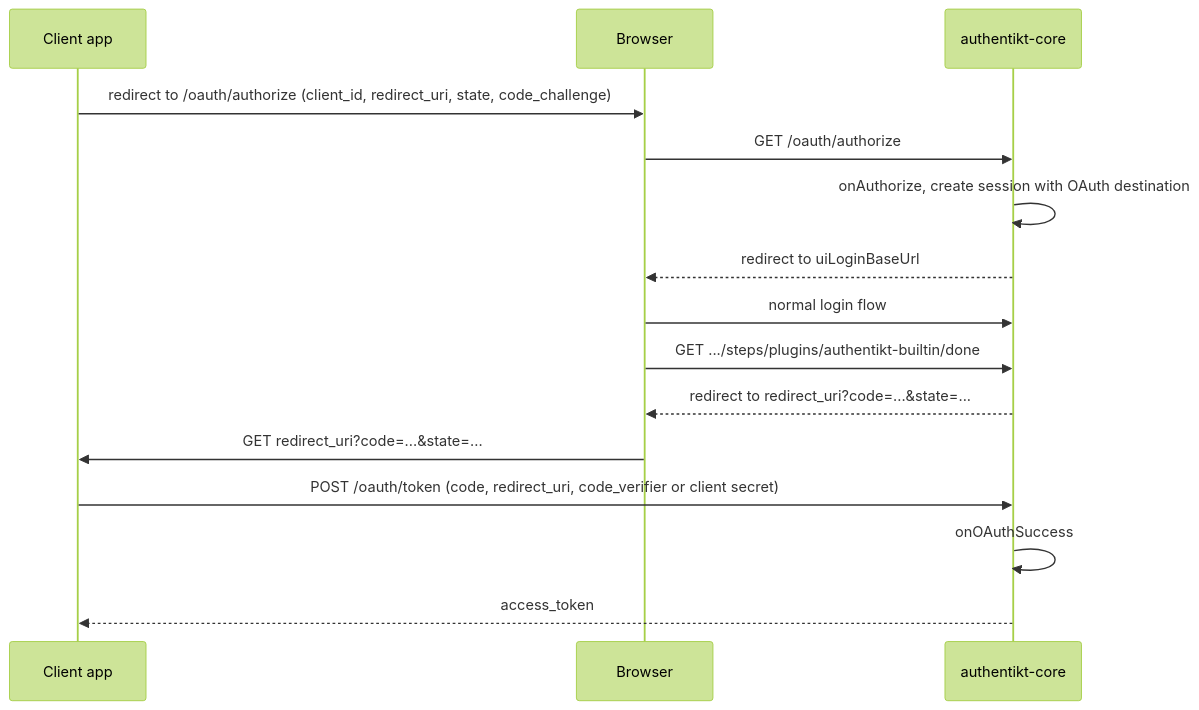
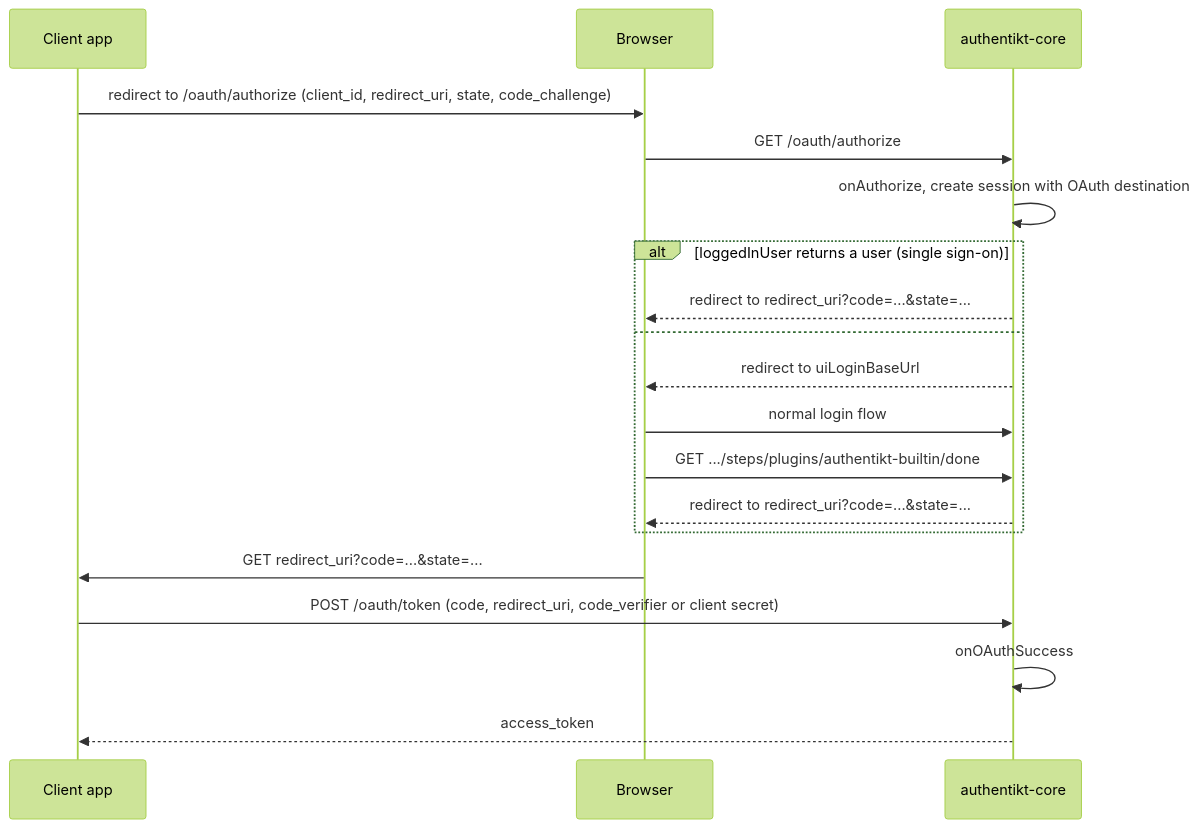
Before and after one commit to Julius-Babies/authentikt: the first of 2 diagrams in Writerside/topics/oauth-device-flow.md, drawn with Mermaid (forest theme). The commit also changed other lines of this file and 5 other files, not shown here.

First line of the commit message:
feat: Single sign-on and prompt for /oauth/authorize (#29)

````diff
--- a/Writerside/topics/oauth-device-flow.md
+++ b/Writerside/topics/oauth-device-flow.md
@@ -97,18 +100,22 @@
 ```mermaid
 sequenceDiagram
     participant C as Client app
     participant B as Browser
     participant K as authentikt-core
 
     C->>B: redirect to /oauth/authorize (client_id, redirect_uri, state, code_challenge)
     B->>K: GET /oauth/authorize
     K->>K: onAuthorize, create session with OAuth destination
-    K-->>B: redirect to uiLoginBaseUrl
-    B->>K: normal login flow
-    B->>K: GET .../steps/plugins/authentikt-builtin/done
-    K-->>B: redirect to redirect_uri?code=...&state=...
+    alt loggedInUser returns a user (single sign-on)
+        K-->>B: redirect to redirect_uri?code=...&state=...
+    else
+        K-->>B: redirect to uiLoginBaseUrl
+        B->>K: normal login flow
+        B->>K: GET .../steps/plugins/authentikt-builtin/done
+        K-->>B: redirect to redirect_uri?code=...&state=...
+    end
     B->>C: GET redirect_uri?code=...&state=...
     C->>K: POST /oauth/token (code, redirect_uri, code_verifier or client secret)
     K->>K: onOAuthSuccess
     K-->>C: access_token
 ```
````
